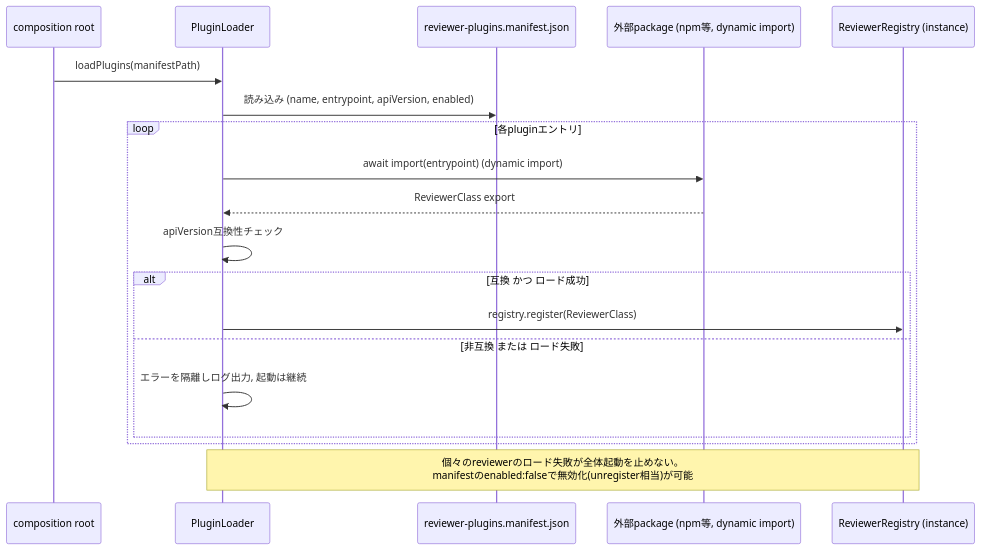
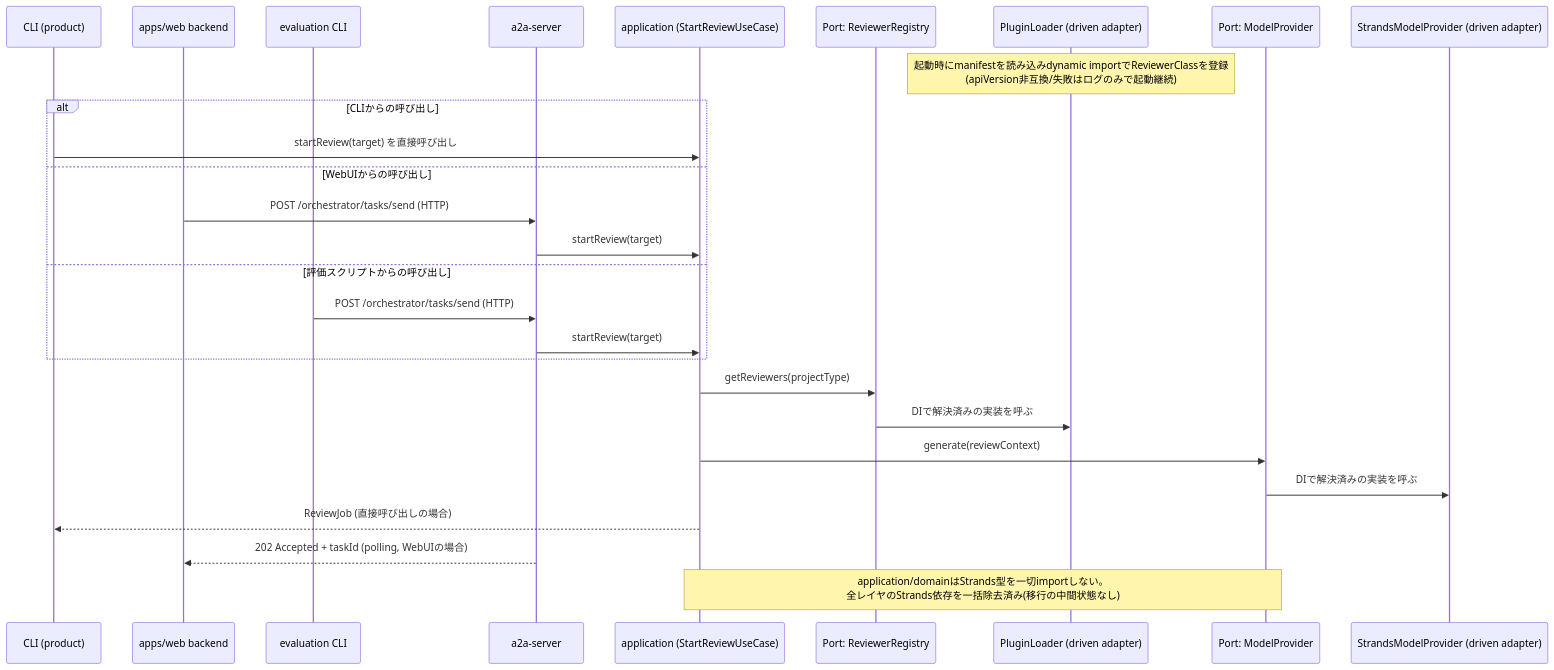
Before and after one commit to kuju63/code-review-agents: the sixth of 6 diagrams in docs/adr/0008-core-extension-boundaries.md, drawn with Mermaid. The commit also changed other lines of this file, not shown here.

````diff
--- a/docs/adr/0008-core-extension-boundaries.md
+++ b/docs/adr/0008-core-extension-boundaries.md
@@ -496,22 +310,30 @@
 ```mermaid
 sequenceDiagram
-    participant Boot as composition root
-    participant Loader as PluginLoader
-    participant Manifest as reviewer-plugins.manifest.json
-    participant Pkg as 外部package (npm等, dynamic import)
-    participant Registry as ReviewerRegistry (instance)
+    participant CLI as CLI (product)
+    participant WebBackend as apps/web backend
+    participant EvalCLI as evaluation CLI
+    participant A2A as a2a-server
+    participant UC as application (StartReviewUseCase)
+    participant PortRR as Port: ReviewerRegistry
+    participant Loader as PluginLoader (driven adapter)
+    participant PortMP as Port: ModelProvider
+    participant StrandsImpl as StrandsModelProvider (driven adapter)
 
-    Boot->>Loader: loadPlugins(manifestPath)
-    Loader->>Manifest: 読み込み (name, entrypoint, apiVersion, enabled)
-    loop 各pluginエントリ
-        Loader->>Pkg: await import(entrypoint) (dynamic import)
-        Pkg-->>Loader: ReviewerClass export
-        Loader->>Loader: apiVersion互換性チェック
-        alt 互換 かつ ロード成功
-            Loader->>Registry: registry.register(ReviewerClass)
-        else 非互換 または ロード失敗
-            Loader->>Loader: エラーを隔離しログ出力, 起動は継続
-        end
+    Note over Loader: 起動時にmanifestを読み込みdynamic importでReviewerClassを登録<br/>(apiVersion非互換/失敗はログのみで起動継続)
+    alt CLIからの呼び出し
+        CLI->>UC: startReview(target) を直接呼び出し
+    else WebUIからの呼び出し
+        WebBackend->>A2A: POST /orchestrator/tasks/send (HTTP)
+        A2A->>UC: startReview(target)
+    else 評価スクリプトからの呼び出し
+        EvalCLI->>A2A: POST /orchestrator/tasks/send (HTTP)
+        A2A->>UC: startReview(target)
     end
-    Note over Loader,Registry: 個々のreviewerのロード失敗が全体起動を止めない。<br/>manifestのenabled:falseで無効化(unregister相当)が可能
+    UC->>PortRR: getReviewers(projectType)
+    PortRR->>Loader: DIで解決済みの実装を呼ぶ
+    UC->>PortMP: generate(reviewContext)
+    PortMP->>StrandsImpl: DIで解決済みの実装を呼ぶ
+    UC-->>CLI: ReviewJob (直接呼び出しの場合)
+    A2A-->>WebBackend: 202 Accepted + taskId (polling, WebUIの場合)
+    Note over UC,PortMP: application/domainはStrands型を一切importしない。<br/>全レイヤのStrands依存を一括除去済み(移行の中間状態なし)
 ```
````
